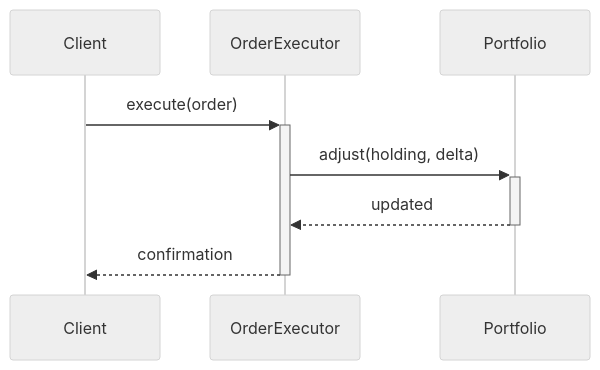
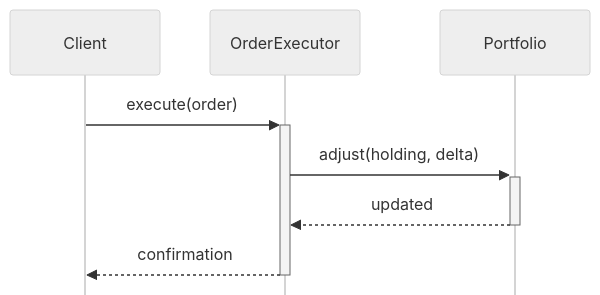
One commit to nicktodd/leap-sprint5 changed the diagram in demos/05-uml-sequence-diagrams/concepts/activation.mmd. Above: the diagram before and after it, drawn with Mermaid (neutral theme). The commit also changed 9 other files, not shown here.

Commit message:
Disable mirrored actor boxes in sequence diagrams for a cleaner render

```diff
--- a/demos/05-uml-sequence-diagrams/concepts/activation.mmd
+++ b/demos/05-uml-sequence-diagrams/concepts/activation.mmd
@@ -1,9 +1,10 @@
+%%{init: {'sequence': {'mirrorActors': false}}}%%
 sequenceDiagram
     participant C as Client
     participant O as OrderExecutor
     participant P as Portfolio
 
     C->>+O: execute(order)
     O->>+P: adjust(holding, delta)
     P-->>-O: updated
     O-->>-C: confirmation
```
